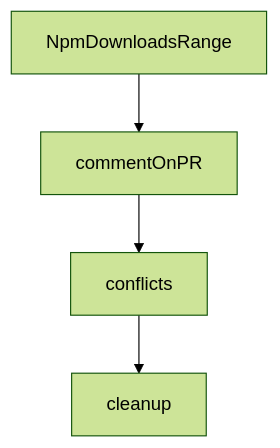
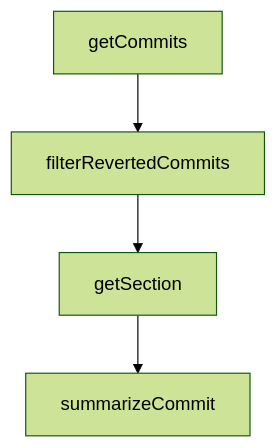
Before and after one commit to johnxie/awesome-code-docs: the diagram in tutorials/kilocode-tutorial/05-session-history-and-context-persistence.md, drawn with Mermaid (forest theme). The commit also changed other lines of this file and 1232 other files, not shown here.

````diff
--- a/tutorials/kilocode-tutorial/05-session-history-and-context-persistence.md
+++ b/tutorials/kilocode-tutorial/05-session-history-and-context-persistence.md
@@ -206,10 +204,10 @@
 ```mermaid
 flowchart TD
-    A[NpmDownloadsRange]
-    B[commentOnPR]
-    C[conflicts]
-    D[cleanup]
+    A[getCommits]
+    B[filterRevertedCommits]
+    C[getSection]
+    D[summarizeCommit]
     A --> B
     B --> C
     C --> D
 ```
````
